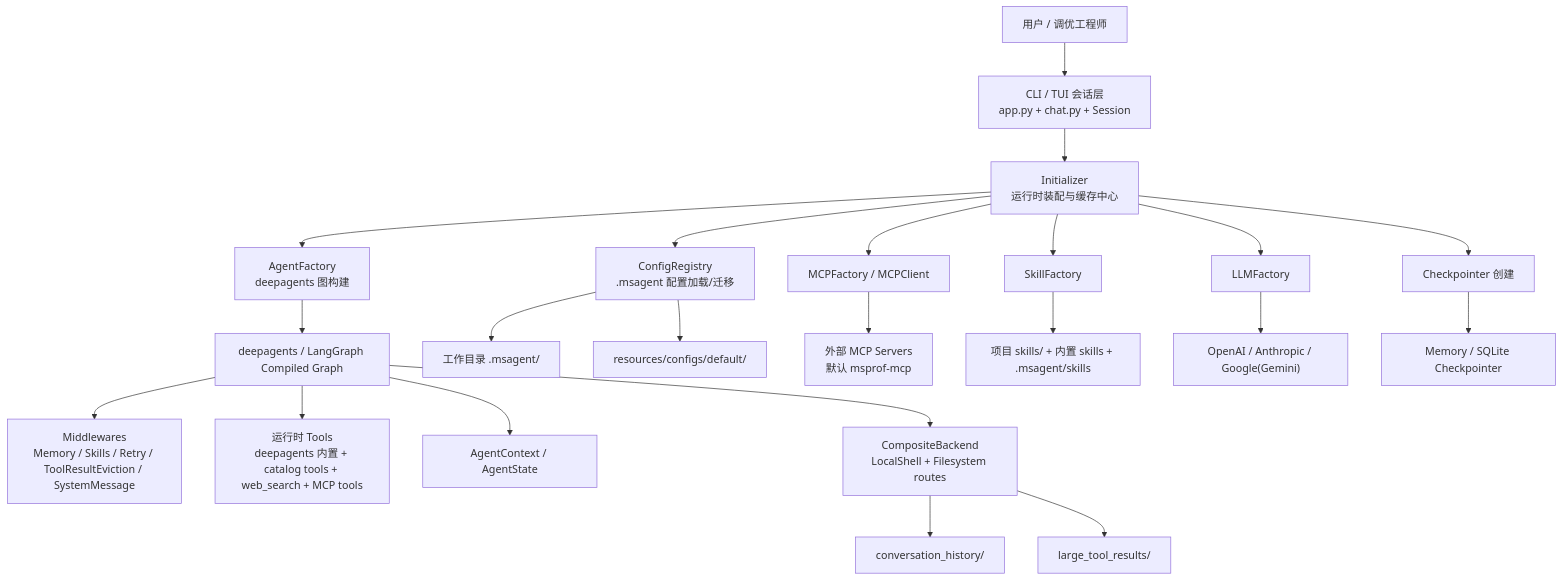
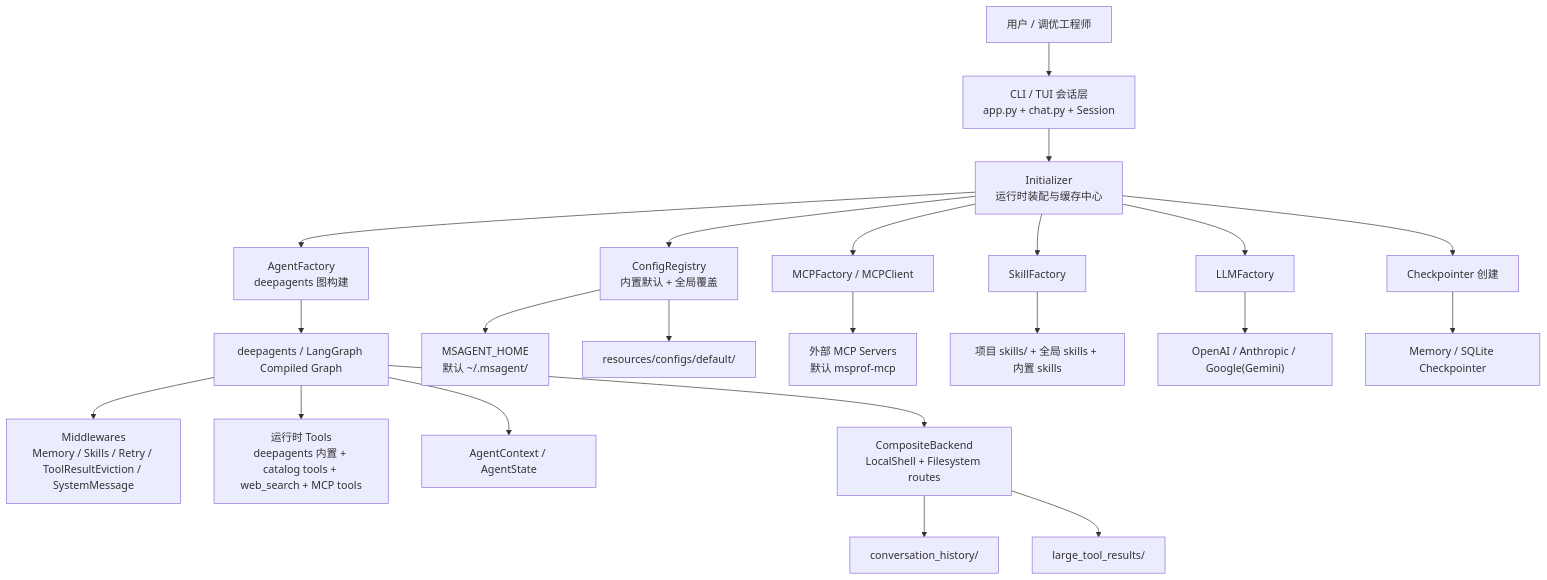
One commit to mindstudio-docs/master changed the first of 6 diagrams in msagent/docs/zh/design/msagent_design.md. Above: the diagram before and after it, drawn with Mermaid. The commit also changed other lines of this file and 21 other files, not shown here.

````diff
--- a/msagent/docs/zh/design/msagent_design.md
+++ b/msagent/docs/zh/design/msagent_design.md
@@ -72,30 +72,30 @@
 ```mermaid
 flowchart TB
     User["用户 / 调优工程师"] --> CLI["CLI / TUI 会话层<br/>app.py + chat.py + Session"]
 
     CLI --> INIT["Initializer<br/>运行时装配与缓存中心"]
 
-    INIT --> REG["ConfigRegistry<br/>.msagent 配置加载/迁移"]
+    INIT --> REG["ConfigRegistry<br/>内置默认 + 全局覆盖"]
     INIT --> AF["AgentFactory<br/>deepagents 图构建"]
     INIT --> MF["MCPFactory / MCPClient"]
     INIT --> SF["SkillFactory"]
     INIT --> LF["LLMFactory"]
     INIT --> CPF["Checkpointer 创建"]
 
     AF --> DAG["deepagents / LangGraph Compiled Graph"]
     DAG --> MW["Middlewares<br/>Memory / Skills / Retry / ToolResultEviction / SystemMessage"]
     DAG --> TOOLS["运行时 Tools<br/>deepagents 内置 + catalog tools + web_search + MCP tools"]
     DAG --> CTX["AgentContext / AgentState"]
 
-    REG --> LOCAL["工作目录 .msagent/"]
+    REG --> GLOBAL["MSAGENT_HOME<br/>默认 ~/.msagent/"]
     REG --> DEFAULTS["resources/configs/default/"]
 
     MF --> MCP["外部 MCP Servers<br/>默认 msprof-mcp"]
-    SF --> SKILLS["项目 skills/ + 内置 skills + .msagent/skills"]
+    SF --> SKILLS["项目 skills/ + 全局 skills + 内置 skills"]
     LF --> MODELS["OpenAI / Anthropic / Google(Gemini)"]
     CPF --> CHECKPOINT["Memory / SQLite Checkpointer"]
 
     DAG --> BACKEND["CompositeBackend<br/>LocalShell + Filesystem routes"]
     BACKEND --> HIST["conversation_history/"]
     BACKEND --> LARGE["large_tool_results/"]
 ```
````
